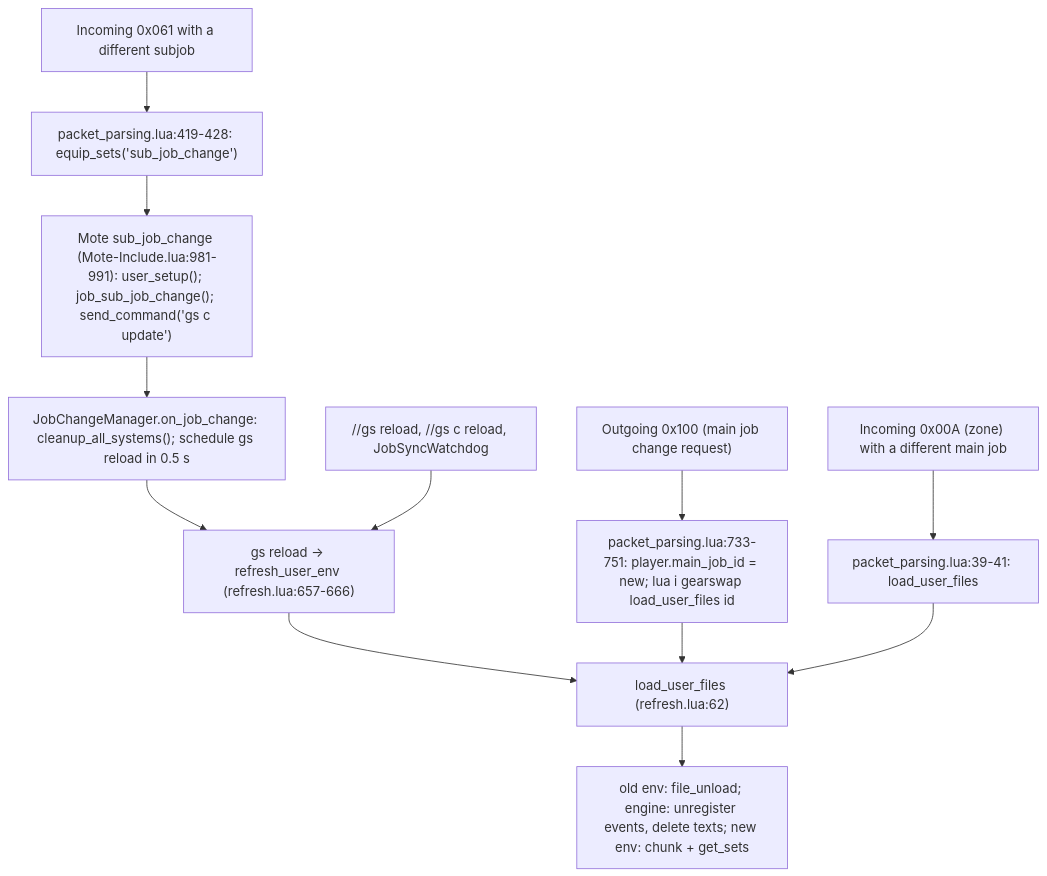
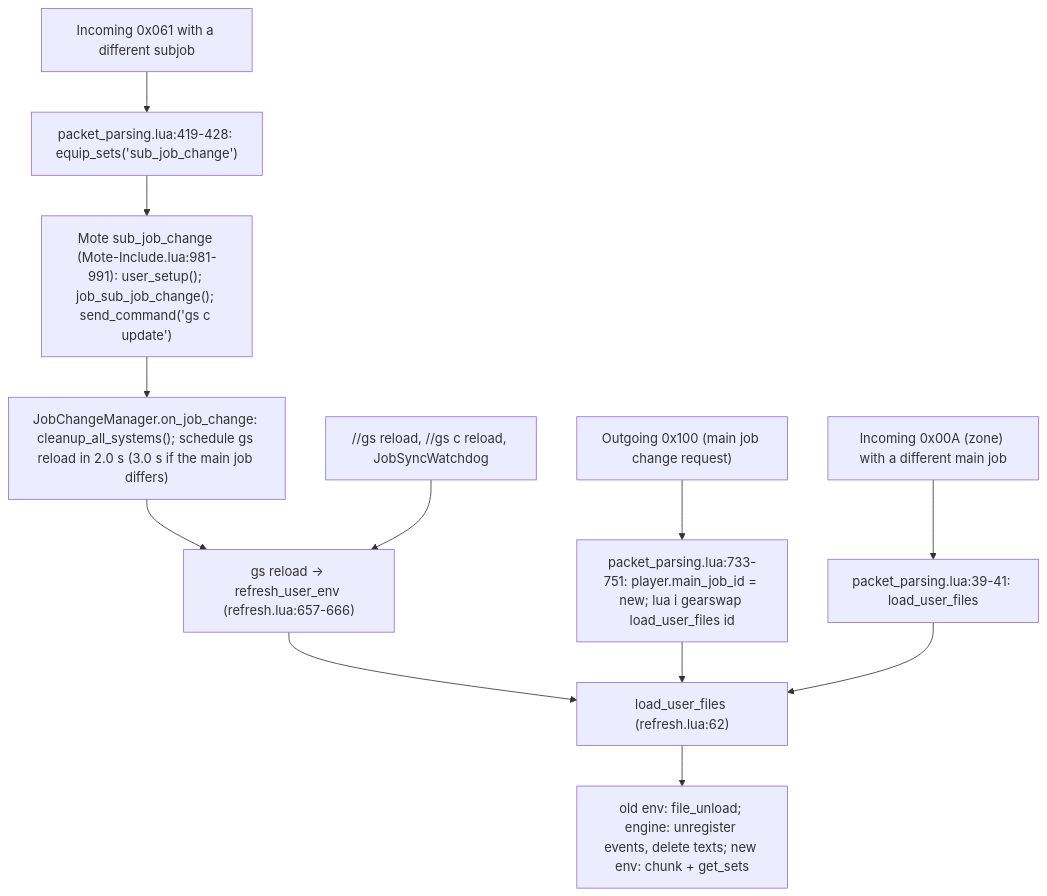
One commit to ejouanchicot/Gearswap changed the first of 2 diagrams in docs/dev/architecture/job-change-lifecycle.md. Above: the diagram before and after it, drawn with Mermaid. The commit also changed other lines of this file and 94 other files, not shown here.

````diff
--- a/docs/dev/architecture/job-change-lifecycle.md
+++ b/docs/dev/architecture/job-change-lifecycle.md
@@ -69,14 +70,14 @@
 ```mermaid
 flowchart TD
     A["Outgoing 0x100 (main job change request)"] --> B["packet_parsing.lua:733-751: player.main_job_id = new; lua i gearswap load_user_files id"]
     C["Incoming 0x061 with a different subjob"] --> D["packet_parsing.lua:419-428: equip_sets('sub_job_change')"]
     D --> E["Mote sub_job_change (Mote-Include.lua:981-991): user_setup(); job_sub_job_change(); send_command('gs c update')"]
-    E --> F["JobChangeManager.on_job_change: cleanup_all_systems(); schedule gs reload in 0.5 s"]
+    E --> F["JobChangeManager.on_job_change: cleanup_all_systems(); schedule gs reload in 2.0 s (3.0 s if the main job differs)"]
     F --> G["gs reload -> refresh_user_env (refresh.lua:657-666)"]
     H["//gs reload, //gs c reload, JobSyncWatchdog"] --> G
     I["Incoming 0x00A (zone) with a different main job"] --> J["packet_parsing.lua:39-41: load_user_files"]
     G --> K["load_user_files (refresh.lua:62)"]
     B --> K
     J --> K
     K --> L["old env: file_unload; engine: unregister events, delete texts; new env: chunk + get_sets"]
 ```
````
